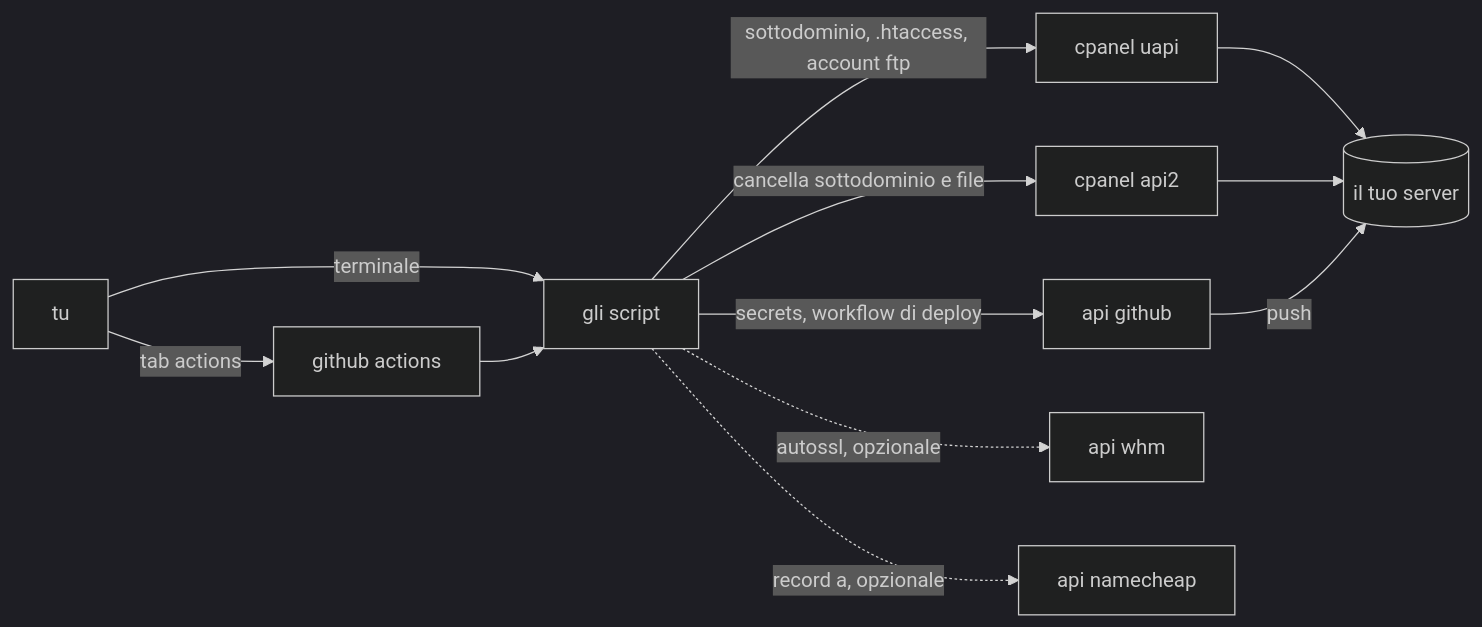
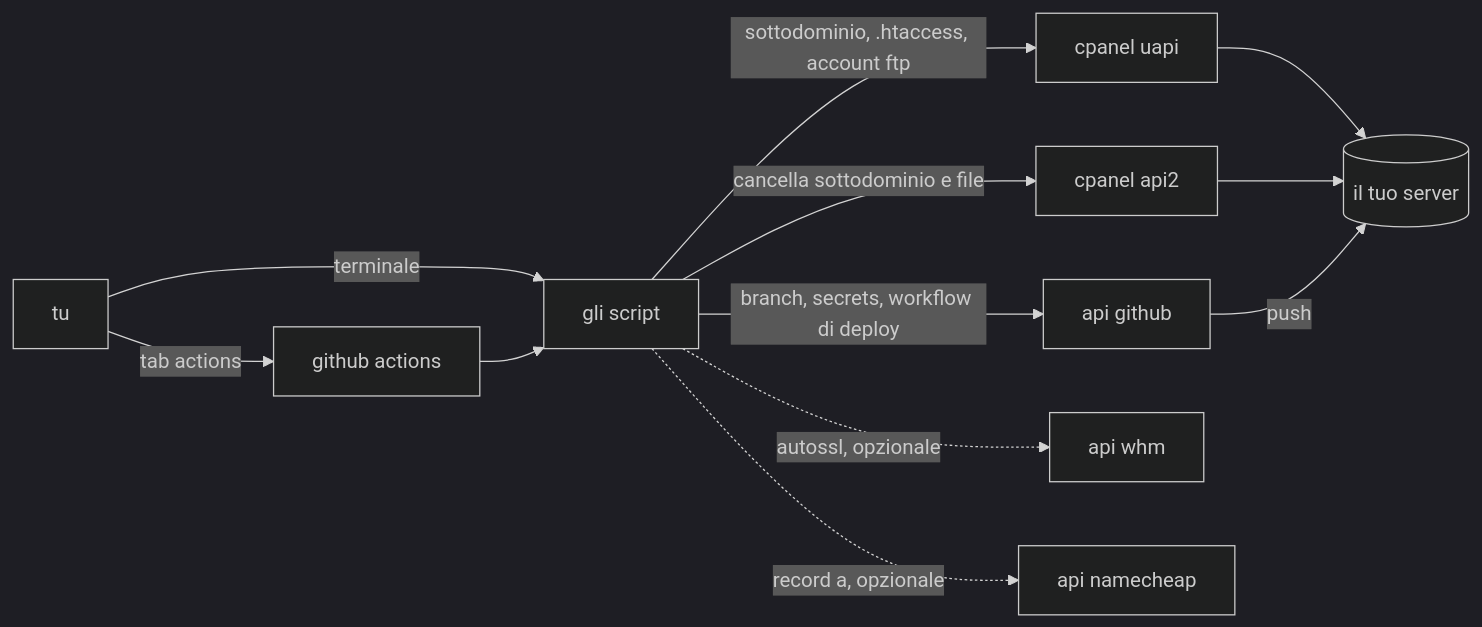
One commit to leandroestrella/hammerspace changed the diagram in README.it.md. Above: the diagram before and after it, drawn with Mermaid. The commit also changed other lines of this file and 12 other files, not shown here.

````diff
--- a/README.it.md
+++ b/README.it.md
@@ -27,15 +27,15 @@
 ```mermaid
 %%{init: {'theme': 'dark'}}%%
 flowchart LR
     YOU[tu] -->|tab actions| GHA[github actions]
     YOU -->|terminale| CLI[gli script]
     GHA --> CLI
     CLI -->|sottodominio, .htaccess, account ftp| UAPI[cpanel uapi]
     CLI -->|cancella sottodominio e file| API2[cpanel api2]
-    CLI -->|secrets, workflow di deploy| GH[api github]
+    CLI -->|branch, secrets, workflow di deploy| GH[api github]
     CLI -.->|autossl, opzionale| WHM[api whm]
     CLI -.->|record a, opzionale| NC[api namecheap]
     UAPI --> SRV[(il tuo server)]
     API2 --> SRV
     GH -->|push| SRV
 ```
````
